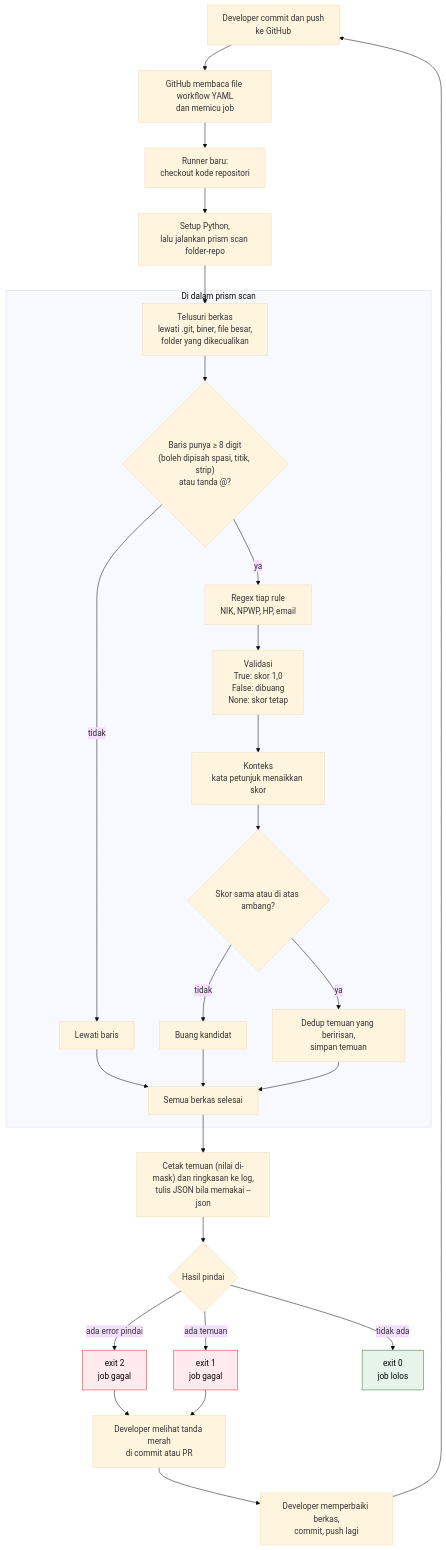
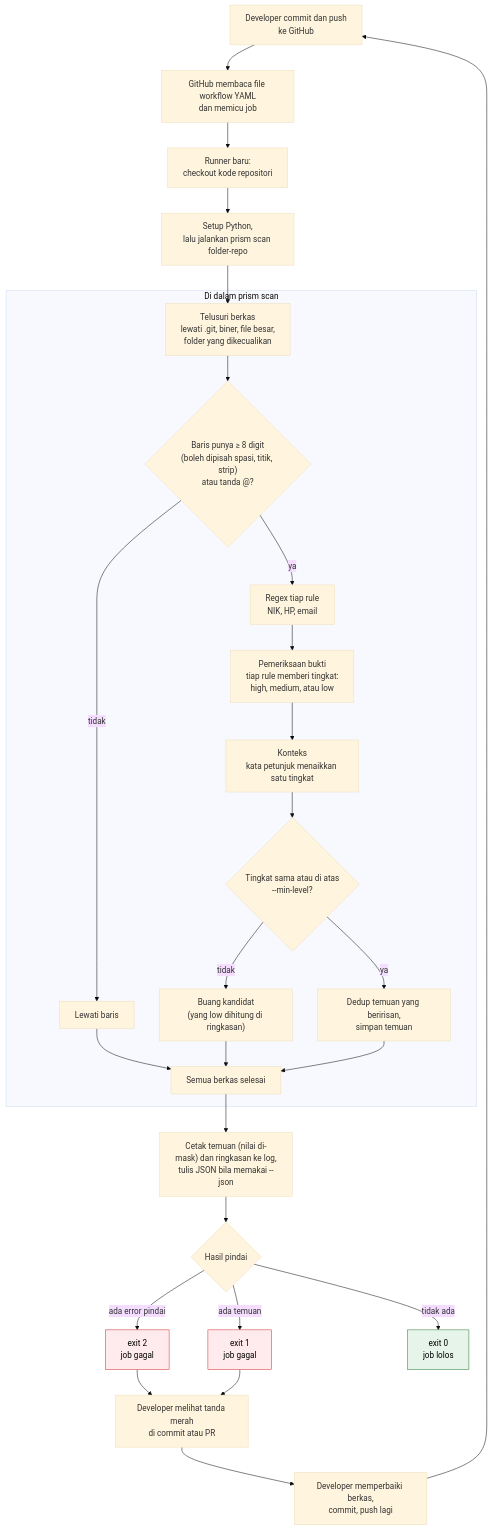
Before and after one commit to maritzavaniaa/PRISM: the first of 3 diagrams in docs/planning/mvp-t5.md, drawn with Mermaid (base theme). The commit also changed other lines of this file and 10 other files, not shown here.

````diff
--- a/docs/planning/mvp-t5.md
+++ b/docs/planning/mvp-t5.md
@@ -62,40 +66,40 @@
 ```mermaid
 flowchart TD
     A["Developer commit dan push<br/>ke GitHub"] --> B["GitHub membaca file workflow YAML<br/>dan memicu job"]
     B --> C["Runner baru:<br/>checkout kode repositori"]
     C --> D["Setup Python,<br/>lalu jalankan prism scan folder-repo"]
 
     subgraph SCAN["Di dalam prism scan"]
         E["Telusuri berkas<br/>lewati .git, biner, file besar,<br/>folder yang dikecualikan"]
         F{"Baris punya ≥ 8 digit<br/>(boleh dipisah spasi, titik, strip)<br/>atau tanda @?"}
-        G["Regex tiap rule<br/>NIK, NPWP, HP, email"]
-        H["Validasi<br/>True: skor 1,0<br/>False: dibuang<br/>None: skor tetap"]
-        I["Konteks<br/>kata petunjuk menaikkan skor"]
-        J{"Skor sama atau di atas ambang?"}
+        G["Regex tiap rule<br/>NIK, HP, email"]
+        H["Pemeriksaan bukti<br/>tiap rule memberi tingkat:<br/>high, medium, atau low"]
+        I["Konteks<br/>kata petunjuk menaikkan satu tingkat"]
+        J{"Tingkat sama atau di atas<br/>--min-level?"}
         K["Dedup temuan yang beririsan,<br/>simpan temuan"]
         SKIP["Lewati baris"]
-        DROP["Buang kandidat"]
+        DROP["Buang kandidat<br/>(yang low dihitung di ringkasan)"]
         L["Semua berkas selesai"]
         E --> F
         F -->|"tidak"| SKIP --> L
         F -->|"ya"| G --> H --> I --> J
         J -->|"tidak"| DROP --> L
         J -->|"ya"| K --> L
     end
 
     D --> E
     L --> W["Cetak temuan (nilai di-mask) dan ringkasan ke log,<br/>tulis JSON bila memakai --json"]
     W --> M{"Hasil pindai"}
     M -->|"ada error pindai"| N["exit 2<br/>job gagal"]
     M -->|"ada temuan"| O["exit 1<br/>job gagal"]
     M -->|"tidak ada"| P["exit 0<br/>job lolos"]
     N --> Q["Developer melihat tanda merah<br/>di commit atau PR"]
     O --> Q
     Q --> R["Developer memperbaiki berkas,<br/>commit, push lagi"]
     R --> A
 
     classDef bad fill:#ffebee,stroke:#d32f2f,color:#000;
     classDef good fill:#e6f4ea,stroke:#2e7d32,color:#000;
     class N,O bad;
     class P good;
 ```
````
